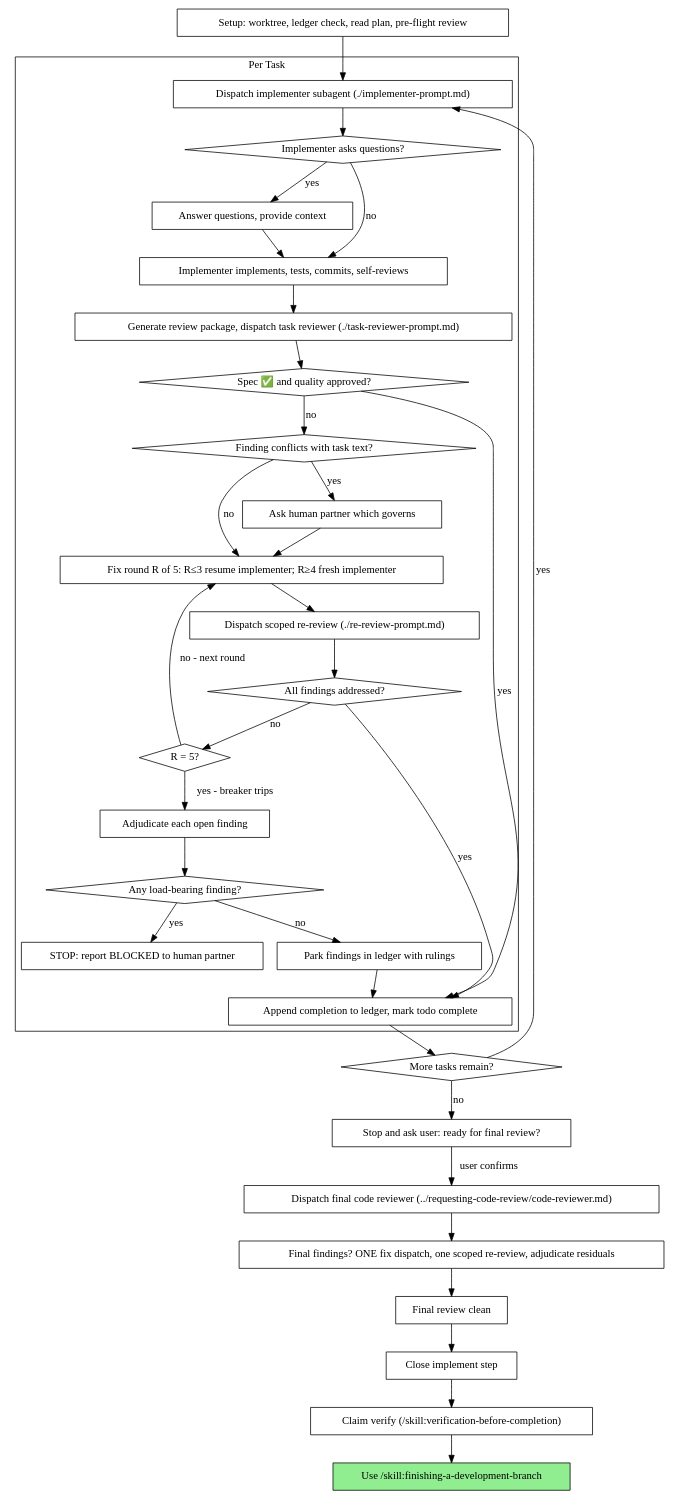
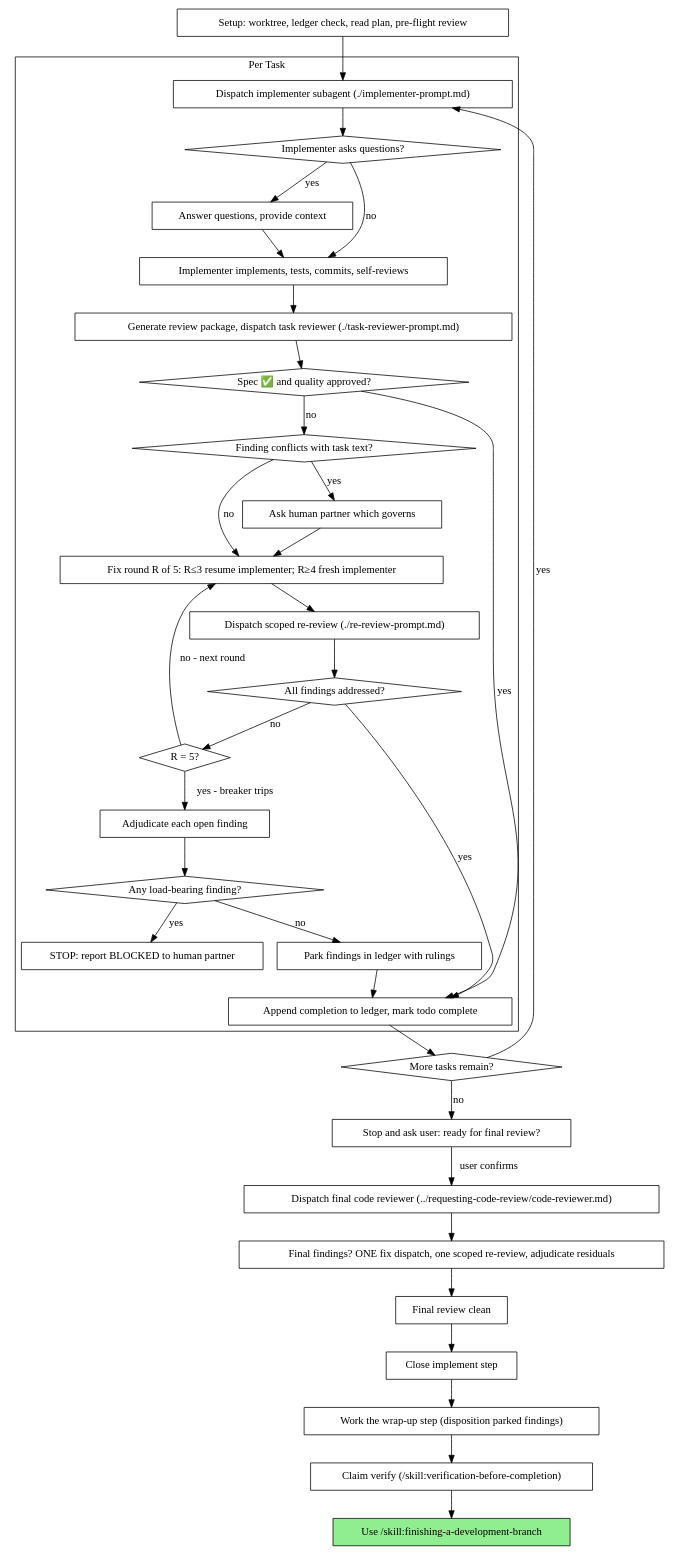
The second of 2 diagrams in packages/pi-superpowers-plus/skills/subagent-driven-development/SKILL.md (johnstegeman/pi-packages), drawn with Graphviz before and after one commit. The commit also changed other lines of this file and 1 other file, not shown here.

Commit message:
docs(sdd): the cycle works wrap-up before verify, and the ledger outlives it (pi-packages-mol-2omf0)

````diff
--- a/packages/pi-superpowers-plus/skills/subagent-driven-development/SKILL.md
+++ b/packages/pi-superpowers-plus/skills/subagent-driven-development/SKILL.md
@@ -69,68 +69,70 @@
 ```dot
 digraph process {
     rankdir=TB;
 
     subgraph cluster_per_task {
         label="Per Task";
         "Dispatch implementer subagent (./implementer-prompt.md)" [shape=box];
         "Implementer asks questions?" [shape=diamond];
         "Answer questions, provide context" [shape=box];
         "Implementer implements, tests, commits, self-reviews" [shape=box];
         "Generate review package, dispatch task reviewer (./task-reviewer-prompt.md)" [shape=box];
         "Spec ✅ and quality approved?" [shape=diamond];
         "Finding conflicts with task text?" [shape=diamond];
         "Ask human partner which governs" [shape=box];
         "Fix round R of 5: R≤3 resume implementer; R≥4 fresh implementer" [shape=box];
         "Dispatch scoped re-review (./re-review-prompt.md)" [shape=box];
         "All findings addressed?" [shape=diamond];
         "R = 5?" [shape=diamond];
         "Adjudicate each open finding" [shape=box];
         "Any load-bearing finding?" [shape=diamond];
         "STOP: report BLOCKED to human partner" [shape=box];
         "Park findings in ledger with rulings" [shape=box];
         "Append completion to ledger, mark todo complete" [shape=box];
     }
 
     "Setup: worktree, ledger check, read plan, pre-flight review" [shape=box];
     "More tasks remain?" [shape=diamond];
     "Stop and ask user: ready for final review?" [shape=box];
     "Dispatch final code reviewer (../requesting-code-review/code-reviewer.md)" [shape=box];
     "Final findings? ONE fix dispatch, one scoped re-review, adjudicate residuals" [shape=box];
     "Final review clean" [shape=box];
     "Close implement step" [shape=box];
+    "Work the wrap-up step (disposition parked findings)" [shape=box];
     "Claim verify (/skill:verification-before-completion)" [shape=box];
     "Use /skill:finishing-a-development-branch" [shape=box style=filled fillcolor=lightgreen];
 
     "Setup: worktree, ledger check, read plan, pre-flight review" -> "Dispatch implementer subagent (./implementer-prompt.md)";
     "Dispatch implementer subagent (./implementer-prompt.md)" -> "Implementer asks questions?";
     "Implementer asks questions?" -> "Answer questions, provide context" [label="yes"];
     "Answer questions, provide context" -> "Implementer implements, tests, commits, self-reviews";
     "Implementer asks questions?" -> "Implementer implements, tests, commits, self-reviews" [label="no"];
     "Implementer implements, tests, commits, self-reviews" -> "Generate review package, dispatch task reviewer (./task-reviewer-prompt.md)";
     "Generate review package, dispatch task reviewer (./task-reviewer-prompt.md)" -> "Spec ✅ and quality approved?";
     "Spec ✅ and quality approved?" -> "Append completion to ledger, mark todo complete" [label="yes"];
     "Spec ✅ and quality approved?" -> "Finding conflicts with task text?" [label="no"];
     "Finding conflicts with task text?" -> "Ask human partner which governs" [label="yes"];
     "Ask human partner which governs" -> "Fix round R of 5: R≤3 resume implementer; R≥4 fresh implementer";
     "Finding conflicts with task text?" -> "Fix round R of 5: R≤3 resume implementer; R≥4 fresh implementer" [label="no"];
     "Fix round R of 5: R≤3 resume implementer; R≥4 fresh implementer" -> "Dispatch scoped re-review (./re-review-prompt.md)";
     "Dispatch scoped re-review (./re-review-prompt.md)" -> "All findings addressed?";
     "All findings addressed?" -> "Append completion to ledger, mark todo complete" [label="yes"];
     "All findings addressed?" -> "R = 5?" [label="no"];
     "R = 5?" -> "Fix round R of 5: R≤3 resume implementer; R≥4 fresh implementer" [label="no - next round"];
     "R = 5?" -> "Adjudicate each open finding" [label="yes - breaker trips"];
     "Adjudicate each open finding" -> "Any load-bearing finding?";
     "Any load-bearing finding?" -> "STOP: report BLOCKED to human partner" [label="yes"];
     "Any load-bearing finding?" -> "Park findings in ledger with rulings" [label="no"];
     "Park findings in ledger with rulings" -> "Append completion to ledger, mark todo complete";
     "Append completion to ledger, mark todo complete" -> "More tasks remain?";
     "More tasks remain?" -> "Dispatch implementer subagent (./implementer-prompt.md)" [label="yes"];
     "More tasks remain?" -> "Stop and ask user: ready for final review?" [label="no"];
     "Stop and ask user: ready for final review?" -> "Dispatch final code reviewer (../requesting-code-review/code-reviewer.md)" [label="user confirms"];
     "Dispatch final code reviewer (../requesting-code-review/code-reviewer.md)" -> "Final findings? ONE fix dispatch, one scoped re-review, adjudicate residuals";
     "Final findings? ONE fix dispatch, one scoped re-review, adjudicate residuals" -> "Final review clean";
     "Final review clean" -> "Close implement step";
-    "Close implement step" -> "Claim verify (/skill:verification-before-completion)";
+    "Close implement step" -> "Work the wrap-up step (disposition parked findings)";
+    "Work the wrap-up step (disposition parked findings)" -> "Claim verify (/skill:verification-before-completion)";
     "Claim verify (/skill:verification-before-completion)" -> "Use /skill:finishing-a-development-branch";
 }
 ```
````
